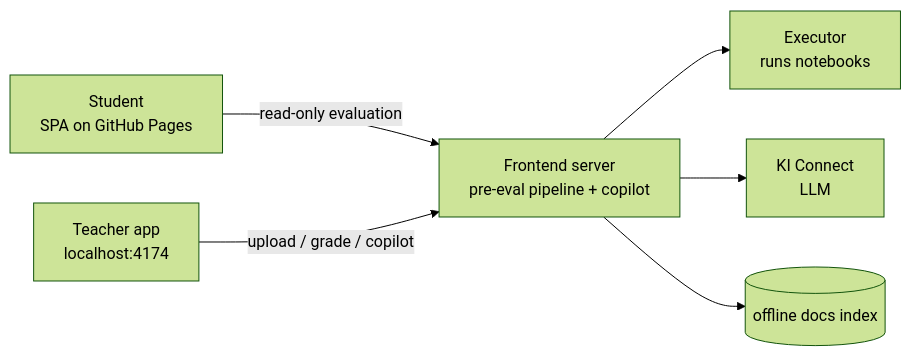
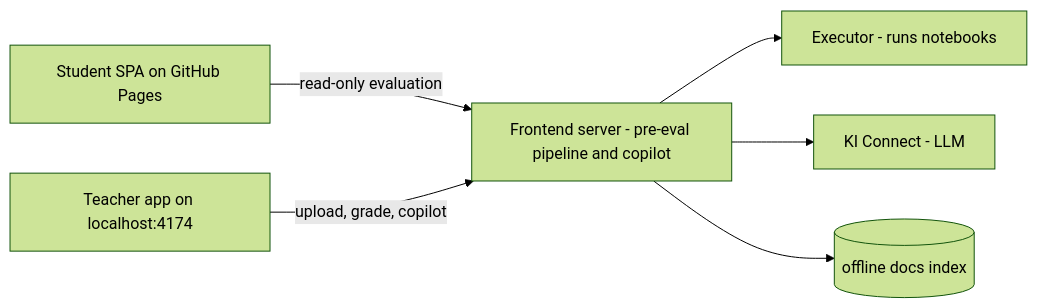
Before and after one commit to EmKaCe/scipro_review: the first of 3 diagrams in .github/references/concepts.md, drawn with Mermaid (forest theme). The commit also changed other lines of this file and 2 other files, not shown here.

First line of the commit message:
docs: fix mermaid rendering + stale claims; drop internal release-readiness roadmap

````diff
--- a/.github/references/concepts.md
+++ b/.github/references/concepts.md
@@ -26,8 +26,8 @@
 ```mermaid
 flowchart LR
-    ST[Student<br/>SPA on GitHub Pages] -->|read-only evaluation| API
-    T[Teacher app<br/>localhost:4174] -->|upload / grade / copilot| API
-    API[Frontend server<br/>pre-eval pipeline + copilot] --> EX[Executor<br/>runs notebooks]
-    API --> KI[KI Connect<br/>LLM]
+    ST[Student SPA on GitHub Pages] -->|read-only evaluation| API
+    T[Teacher app on localhost:4174] -->|upload, grade, copilot| API
+    API[Frontend server - pre-eval pipeline and copilot] --> EX[Executor - runs notebooks]
+    API --> KI[KI Connect - LLM]
     API --> IDX[(offline docs index)]
 ```
````
